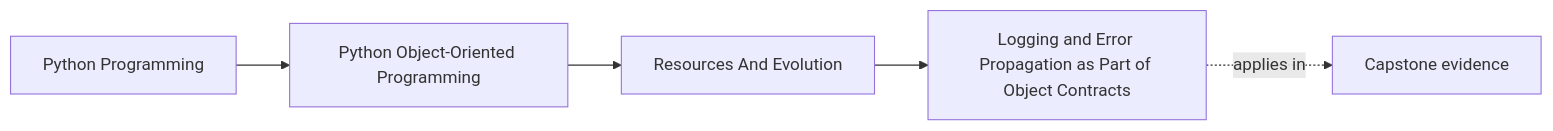
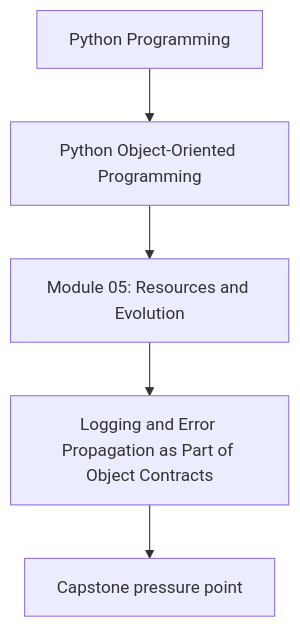
The first of 2 diagrams in programs/python-programming/python-object-oriented-programming/course-book/module-05-resources-and-evolution/logging-and-error-propagation.md (bijux/bijux-masterclass), drawn with Mermaid before and after one commit. The commit also changed other lines of this file and 107 other files, not shown here.

Commit message:
docs(python-object-oriented-programming): align concept page diagrams

````diff
--- a/programs/python-programming/python-object-oriented-programming/course-book/module-05-resources-and-evolution/logging-and-error-propagation.md
+++ b/programs/python-programming/python-object-oriented-programming/course-book/module-05-resources-and-evolution/logging-and-error-propagation.md
@@ -7,11 +7,7 @@
 ```mermaid
-graph LR
-  family["Python Programming"]
-  program["Python Object-Oriented Programming"]
-  section["Resources And Evolution"]
-  page["Logging and Error Propagation as Part of Object Contracts"]
-  capstone["Capstone evidence"]
-
-  family --> program --> section --> page
-  page -.applies in.-> capstone
+flowchart TD
+  family["Python Programming"] --> program["Python Object-Oriented Programming"]
+  program --> module["Module 05: Resources and Evolution"]
+  module --> concept["Logging and Error Propagation as Part of Object Contracts"]
+  concept --> capstone["Capstone pressure point"]
 ```
````
